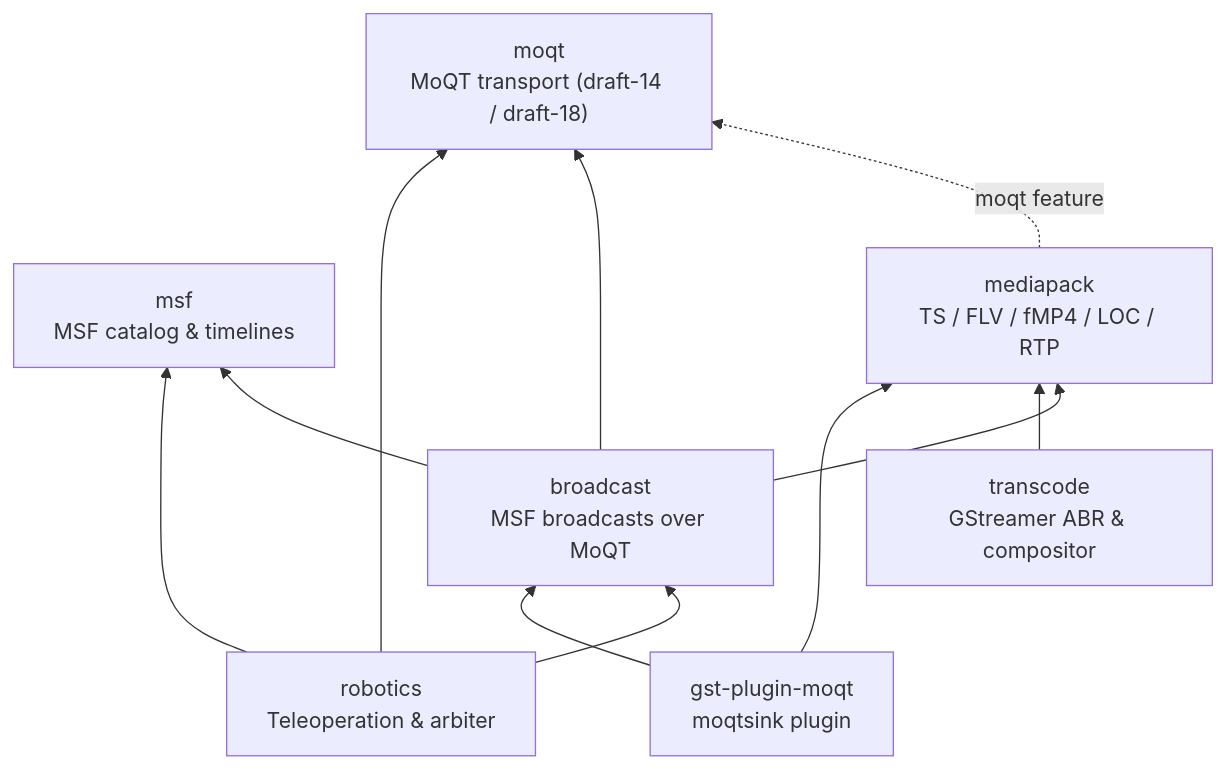
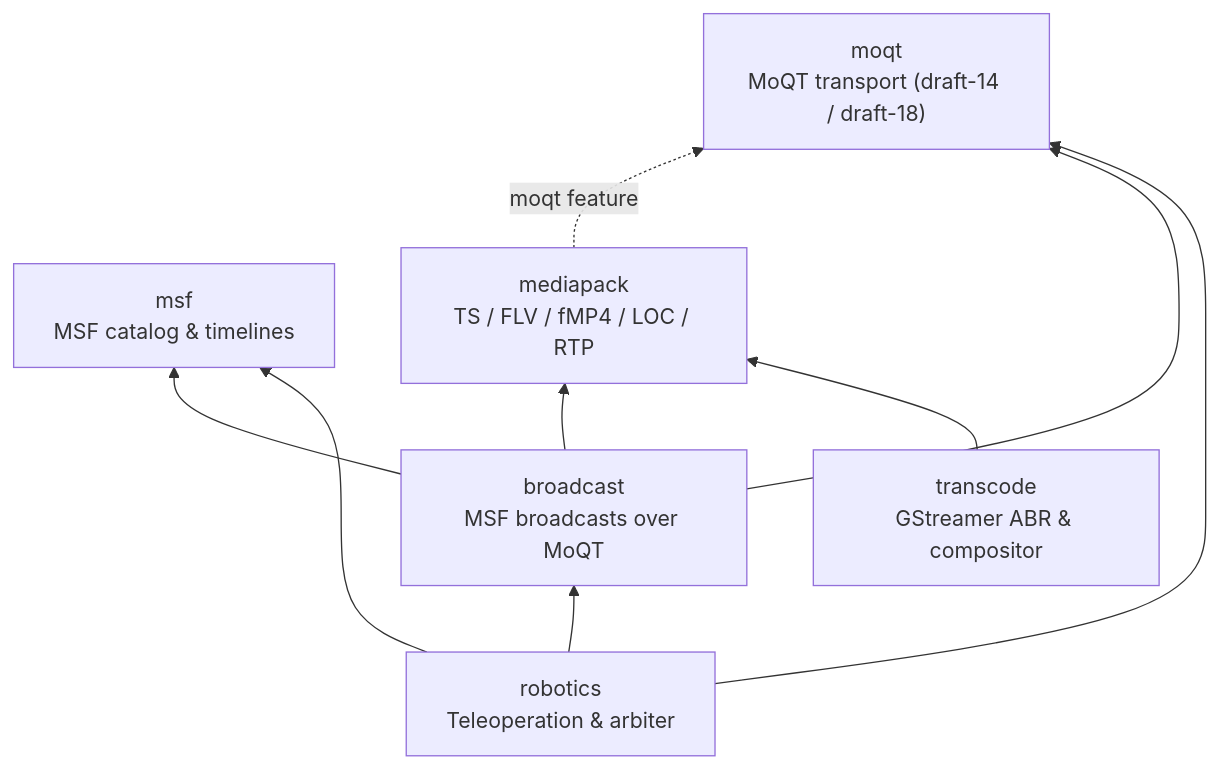
One commit to nttcom/moq-wasm changed the diagram in crates/README.md. Above: the diagram before and after it, drawn with Mermaid. The commit also changed other lines of this file and 19 other files, not shown here.

````diff
--- a/crates/README.md
+++ b/crates/README.md
@@ -13,21 +14,18 @@
 ```mermaid
 flowchart BT
     moqt["moqt<br/>MoQT transport (draft-14 / draft-18)"]
     msf["msf<br/>MSF catalog & timelines"]
     mediapack["mediapack<br/>TS / FLV / fMP4 / LOC / RTP"]
     broadcast["broadcast<br/>MSF broadcasts over MoQT"]
     robotics["robotics<br/>Teleoperation & arbiter"]
     transcode["transcode<br/>GStreamer ABR & compositor"]
-    gst["gst-plugin-moqt<br/>moqtsink plugin"]
 
     mediapack -. "moqt feature" .-> moqt
     broadcast --> moqt
     broadcast --> msf
     broadcast --> mediapack
     robotics --> broadcast
     robotics --> moqt
     robotics --> msf
     transcode --> mediapack
-    gst --> broadcast
-    gst --> mediapack
 ```
````
